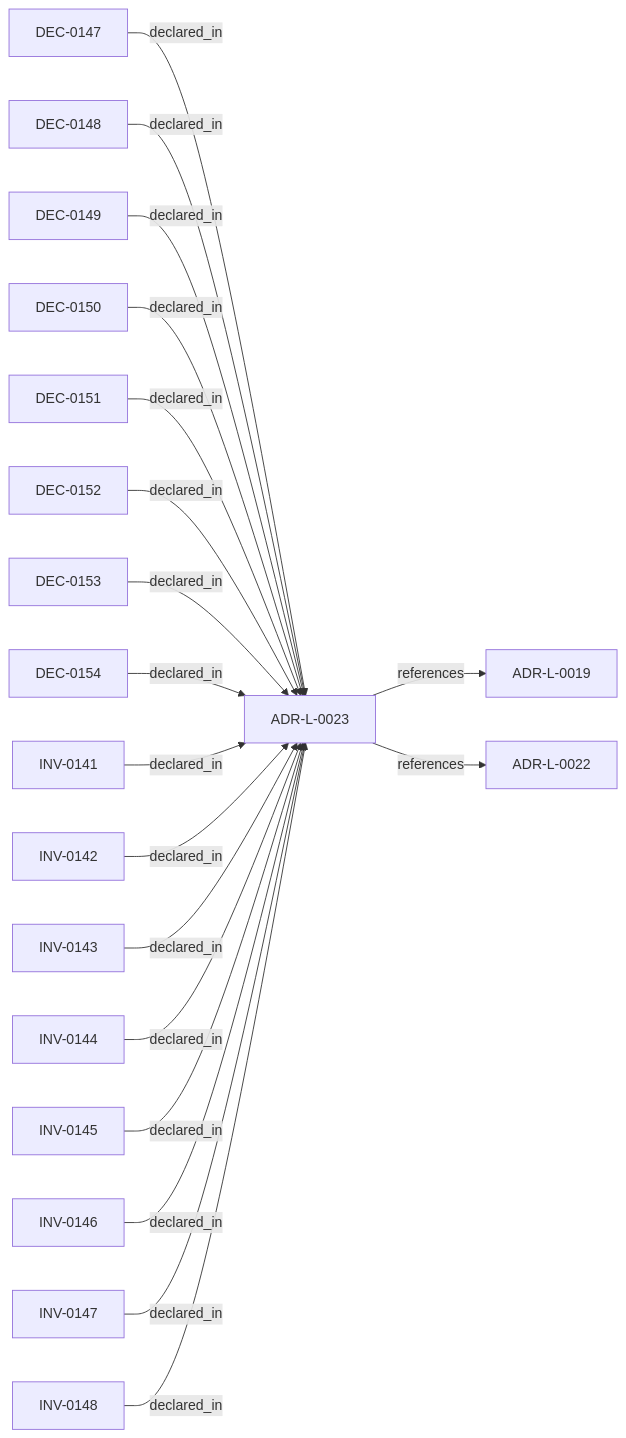
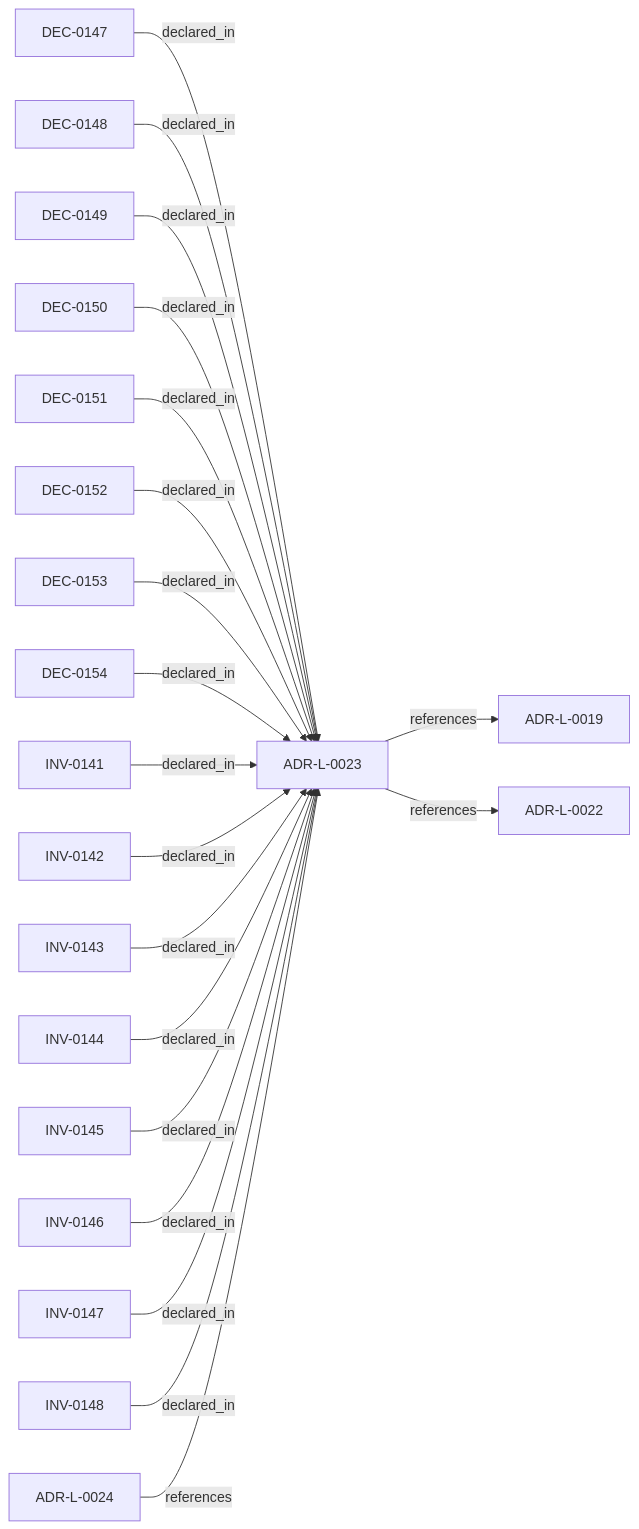
Before and after one commit to egallmann/adr-architecture-kit: the diagram in adrs/adr-projection/logical/ADR-L-0023-consumer-semantic-extension-contract.md, drawn with Mermaid. The commit also changed other lines of this file and 16 other files, not shown here.

Commit message:
architecture: authorize TypeScript consumer binding

````diff
--- a/adrs/adr-projection/logical/ADR-L-0023-consumer-semantic-extension-contract.md
+++ b/adrs/adr-projection/logical/ADR-L-0023-consumer-semantic-extension-contract.md
@@ -31,40 +31,42 @@
 ```mermaid
 flowchart LR
   n_019fee89_e617_78d9_ba3b_b7e3e6db1b12["ADR-L-0019"]
   n_01a00643_1bfc_788c_911b_83a4725a8de1["ADR-L-0022"]
   n_01a00644_1bfc_7abc_8aaa_111111111111["ADR-L-0023"]
   n_01a00644_1bfd_7abc_8aaa_222222222222["DEC-0147"]
   n_01a00644_1bfe_7abc_8aaa_333333333333["DEC-0148"]
   n_01a00644_1bff_7abc_8aaa_444444444444["DEC-0149"]
   n_01a00644_1c00_7abc_8aaa_555555555555["DEC-0150"]
   n_01a00644_1c01_7abc_8aaa_666666666666["DEC-0151"]
   n_01a00644_1c02_7abc_8aaa_777777777777["DEC-0152"]
   n_01a00644_1c03_7abc_8aaa_888888888888["DEC-0153"]
   n_01a00644_1c04_7abc_8aaa_999999999999["DEC-0154"]
   n_01a00644_1c05_7abc_8aaa_aaaaaaaaaaaa["INV-0141"]
   n_01a00644_1c06_7abc_8aaa_bbbbbbbbbbbb["INV-0142"]
   n_01a00644_1c07_7abc_8aaa_cccccccccccc["INV-0143"]
   n_01a00644_1c08_7abc_8aaa_dddddddddddd["INV-0144"]
   n_01a00644_1c09_7abc_8aaa_eeeeeeeeeeee["INV-0145"]
   n_01a00644_1c0a_7abc_8aaa_ffffffffffff["INV-0146"]
   n_01a00644_1c0b_7abc_8aaa_121212121212["INV-0147"]
   n_01a00644_1c0c_7abc_8aaa_131313131313["INV-0148"]
+  n_01a02d38_7cf3_7b3c_87ec_1c5f08490c6e["ADR-L-0024"]
   n_01a00644_1bfd_7abc_8aaa_222222222222 -->|"declared_in"| n_01a00644_1bfc_7abc_8aaa_111111111111
   n_01a00644_1bfe_7abc_8aaa_333333333333 -->|"declared_in"| n_01a00644_1bfc_7abc_8aaa_111111111111
   n_01a00644_1bff_7abc_8aaa_444444444444 -->|"declared_in"| n_01a00644_1bfc_7abc_8aaa_111111111111
   n_01a00644_1c00_7abc_8aaa_555555555555 -->|"declared_in"| n_01a00644_1bfc_7abc_8aaa_111111111111
   n_01a00644_1c01_7abc_8aaa_666666666666 -->|"declared_in"| n_01a00644_1bfc_7abc_8aaa_111111111111
   n_01a00644_1c02_7abc_8aaa_777777777777 -->|"declared_in"| n_01a00644_1bfc_7abc_8aaa_111111111111
   n_01a00644_1c03_7abc_8aaa_888888888888 -->|"declared_in"| n_01a00644_1bfc_7abc_8aaa_111111111111
   n_01a00644_1c04_7abc_8aaa_999999999999 -->|"declared_in"| n_01a00644_1bfc_7abc_8aaa_111111111111
   n_01a00644_1c05_7abc_8aaa_aaaaaaaaaaaa -->|"declared_in"| n_01a00644_1bfc_7abc_8aaa_111111111111
   n_01a00644_1c06_7abc_8aaa_bbbbbbbbbbbb -->|"declared_in"| n_01a00644_1bfc_7abc_8aaa_111111111111
   n_01a00644_1c07_7abc_8aaa_cccccccccccc -->|"declared_in"| n_01a00644_1bfc_7abc_8aaa_111111111111
   n_01a00644_1c08_7abc_8aaa_dddddddddddd -->|"declared_in"| n_01a00644_1bfc_7abc_8aaa_111111111111
   n_01a00644_1c09_7abc_8aaa_eeeeeeeeeeee -->|"declared_in"| n_01a00644_1bfc_7abc_8aaa_111111111111
   n_01a00644_1c0a_7abc_8aaa_ffffffffffff -->|"declared_in"| n_01a00644_1bfc_7abc_8aaa_111111111111
   n_01a00644_1c0b_7abc_8aaa_121212121212 -->|"declared_in"| n_01a00644_1bfc_7abc_8aaa_111111111111
   n_01a00644_1c0c_7abc_8aaa_131313131313 -->|"declared_in"| n_01a00644_1bfc_7abc_8aaa_111111111111
   n_01a00644_1bfc_7abc_8aaa_111111111111 -->|"references"| n_019fee89_e617_78d9_ba3b_b7e3e6db1b12
   n_01a00644_1bfc_7abc_8aaa_111111111111 -->|"references"| n_01a00643_1bfc_788c_911b_83a4725a8de1
+  n_01a02d38_7cf3_7b3c_87ec_1c5f08490c6e -->|"references"| n_01a00644_1bfc_7abc_8aaa_111111111111
 ```
````
